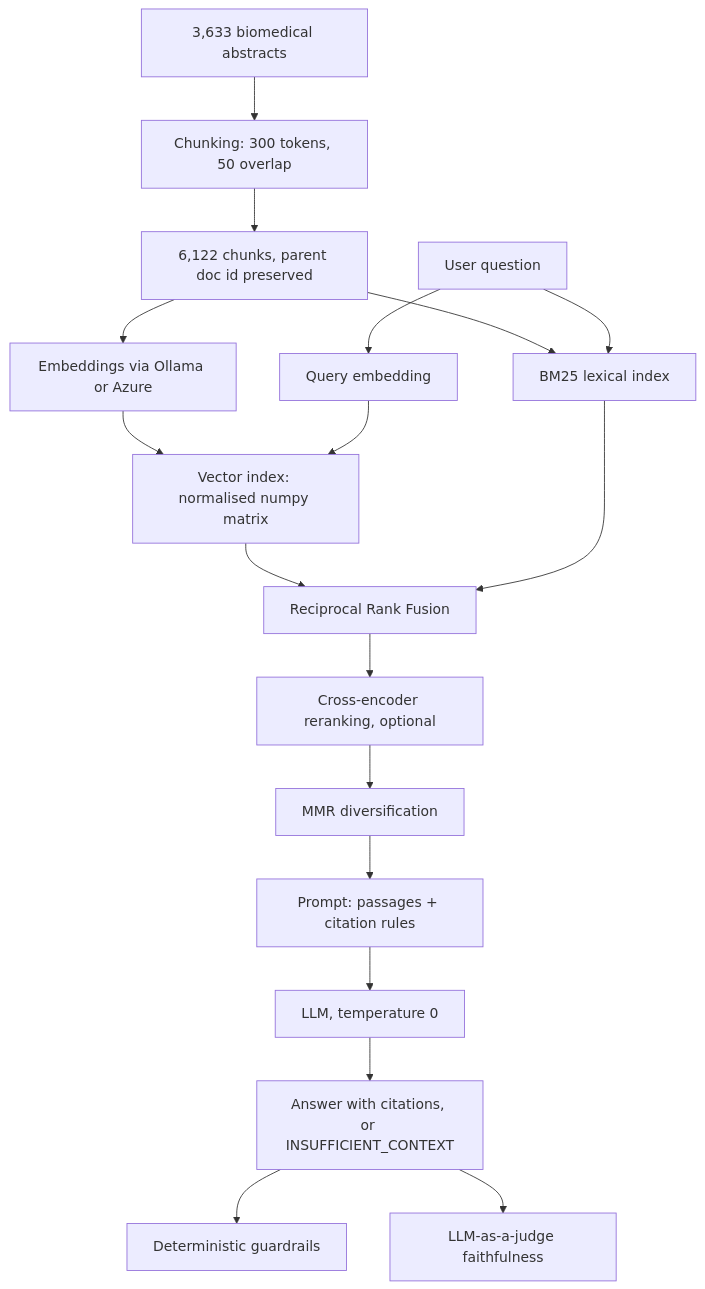
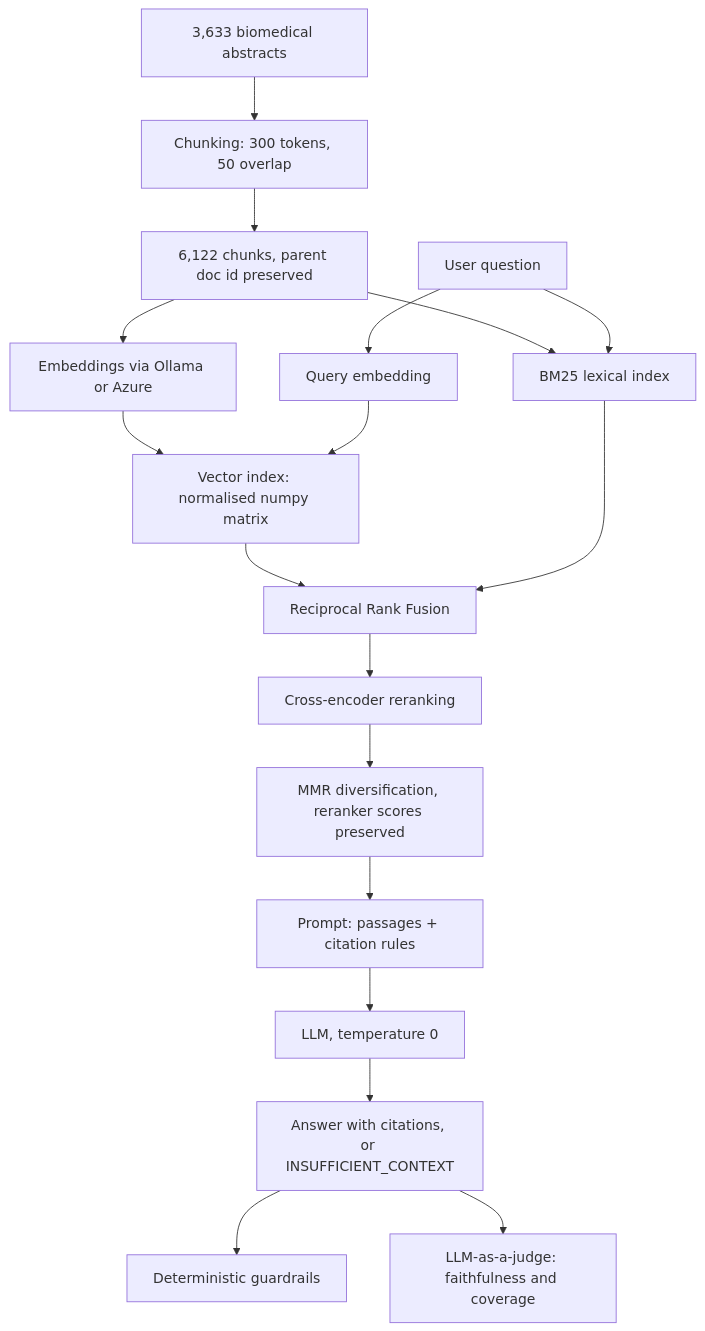
Before and after one commit to Harlo9/rag-benchmark-local-vs-cloud: the diagram in README.md, drawn with Mermaid. The commit also changed other lines of this file and 6 other files, not shown here.

````diff
--- a/README.md
+++ b/README.md
@@ -144,20 +206,20 @@
 ```mermaid
 flowchart TD
     A[3,633 biomedical abstracts] --> B[Chunking: 300 tokens, 50 overlap]
     B --> C[6,122 chunks, parent doc id preserved]
     C --> D[Embeddings via Ollama or Azure]
     C --> E[BM25 lexical index]
     D --> F[Vector index: normalised numpy matrix]
     G[User question] --> H[Query embedding]
     H --> F
     G --> E
     F --> I[Reciprocal Rank Fusion]
     E --> I
-    I --> J[Cross-encoder reranking, optional]
-    J --> K[MMR diversification]
+    I --> J[Cross-encoder reranking]
+    J --> K[MMR diversification, reranker scores preserved]
     K --> L[Prompt: passages + citation rules]
     L --> M[LLM, temperature 0]
     M --> N[Answer with citations, or INSUFFICIENT_CONTEXT]
     N --> O[Deterministic guardrails]
-    N --> P[LLM-as-a-judge faithfulness]
+    N --> P[LLM-as-a-judge: faithfulness and coverage]
 ```
````
